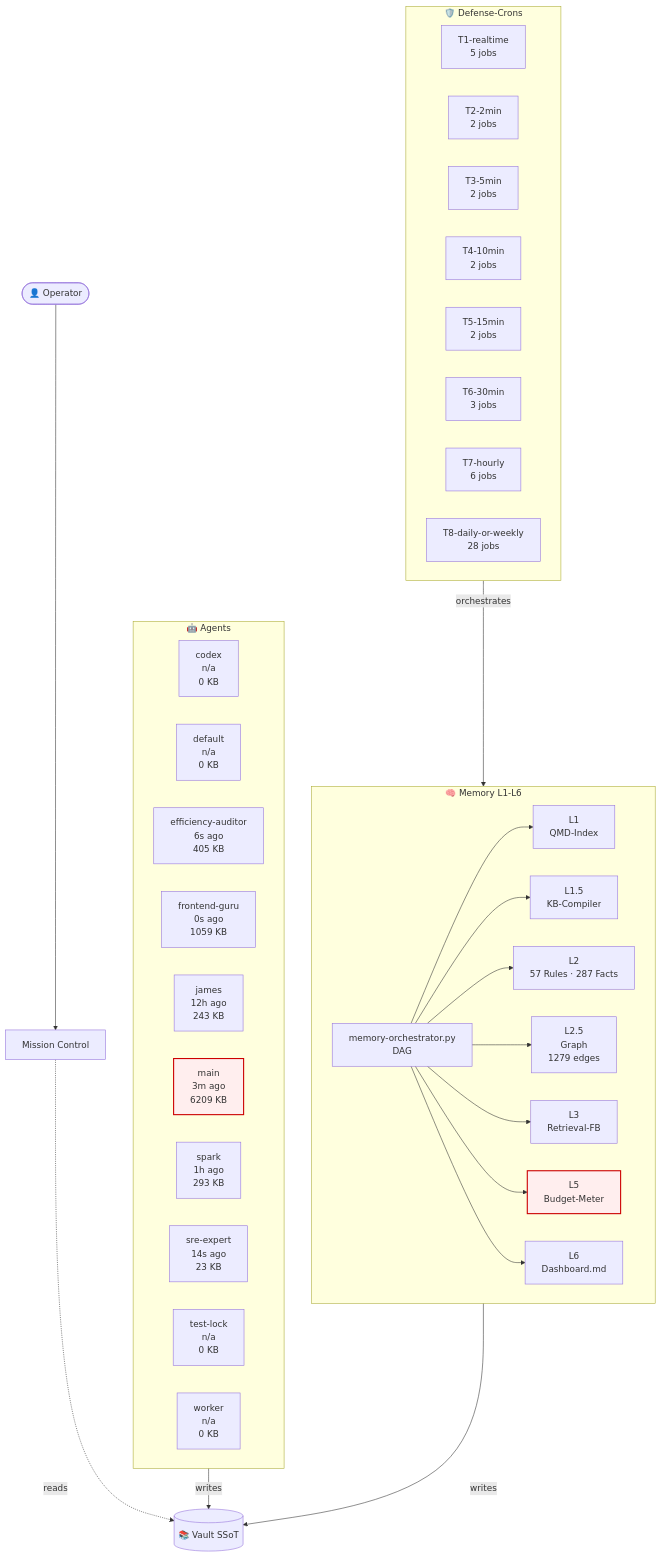
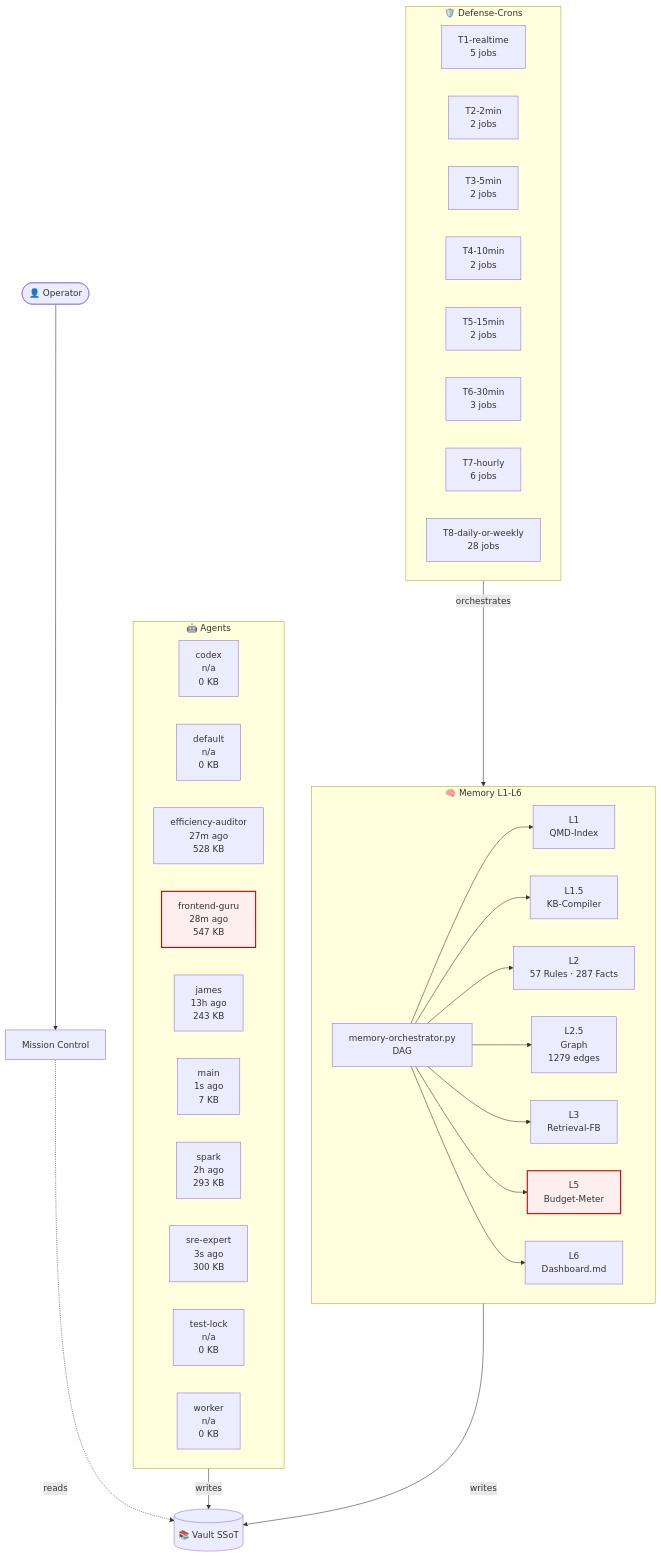
One commit to lenardhuebner88-rgb/openclaw-memory changed the diagram in 03-Agents/architecture-live.md. Above: the diagram before and after it, drawn with Mermaid. The commit also changed other lines of this file and 15 other files, not shown here.

````diff
--- a/03-Agents/architecture-live.md
+++ b/03-Agents/architecture-live.md
@@ -18,53 +18,53 @@
 ```mermaid
 flowchart TB
     classDef critical fill:#fee,stroke:#c00,stroke-width:2px;
     subgraph AGT["🤖 Agents"]
         agent_codex["codex<br/>n/a<br/>0 KB"]
         agent_default["default<br/>n/a<br/>0 KB"]
-        agent_efficiency_auditor["efficiency-auditor<br/>6s ago<br/>405 KB"]
-        agent_frontend_guru["frontend-guru<br/>0s ago<br/>1059 KB"]
-        agent_james["james<br/>12h ago<br/>243 KB"]
-        agent_main["main<br/>3m ago<br/>6209 KB"]
-        agent_spark["spark<br/>1h ago<br/>293 KB"]
-        agent_sre_expert["sre-expert<br/>14s ago<br/>23 KB"]
+        agent_efficiency_auditor["efficiency-auditor<br/>27m ago<br/>528 KB"]
+        agent_frontend_guru["frontend-guru<br/>28m ago<br/>547 KB"]
+        agent_james["james<br/>13h ago<br/>243 KB"]
+        agent_main["main<br/>1s ago<br/>7 KB"]
+        agent_spark["spark<br/>2h ago<br/>293 KB"]
+        agent_sre_expert["sre-expert<br/>3s ago<br/>300 KB"]
         agent_test_lock["test-lock<br/>n/a<br/>0 KB"]
         agent_worker["worker<br/>n/a<br/>0 KB"]
     end
     subgraph MEM["🧠 Memory L1-L6"]
         L1["L1<br/>QMD-Index"]
         L15["L1.5<br/>KB-Compiler"]
         L2["L2<br/>57 Rules · 287 Facts"]
         L25["L2.5<br/>Graph<br/>1279 edges"]
         L3["L3<br/>Retrieval-FB"]
         L5["L5<br/>Budget-Meter"]
         L6["L6<br/>Dashboard.md"]
         ORCH["memory-orchestrator.py<br/>DAG"]
     end
     subgraph CRN["🛡️ Defense-Crons"]
         tier_T1_realtime["T1-realtime<br/>5 jobs"]
         tier_T2_2min["T2-2min<br/>2 jobs"]
         tier_T3_5min["T3-5min<br/>2 jobs"]
         tier_T4_10min["T4-10min<br/>2 jobs"]
         tier_T5_15min["T5-15min<br/>2 jobs"]
         tier_T6_30min["T6-30min<br/>3 jobs"]
         tier_T7_hourly["T7-hourly<br/>6 jobs"]
         tier_T8_daily_or_weekly["T8-daily-or-weekly<br/>28 jobs"]
     end
     VAULT[("📚 Vault SSoT")]
     OP([👤 Operator])
     MC["Mission Control"]
     OP --> MC
     MC -.reads.-> VAULT
     AGT -->|writes| VAULT
     MEM -->|writes| VAULT
     ORCH --> L1
     ORCH --> L15
     ORCH --> L2
     ORCH --> L25
     ORCH --> L3
     ORCH --> L5
     ORCH --> L6
     CRN -->|orchestrates| MEM
     class L5 critical
-    class agent_main critical
+    class agent_frontend_guru critical
 ```
````
